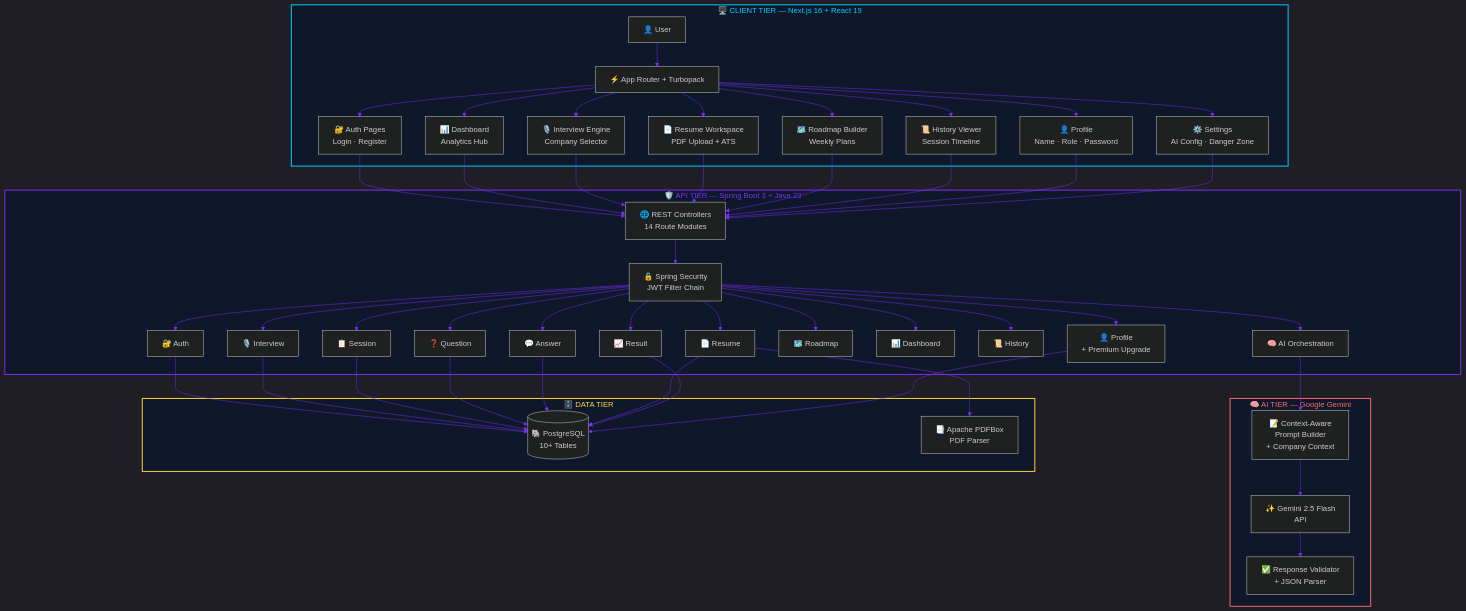
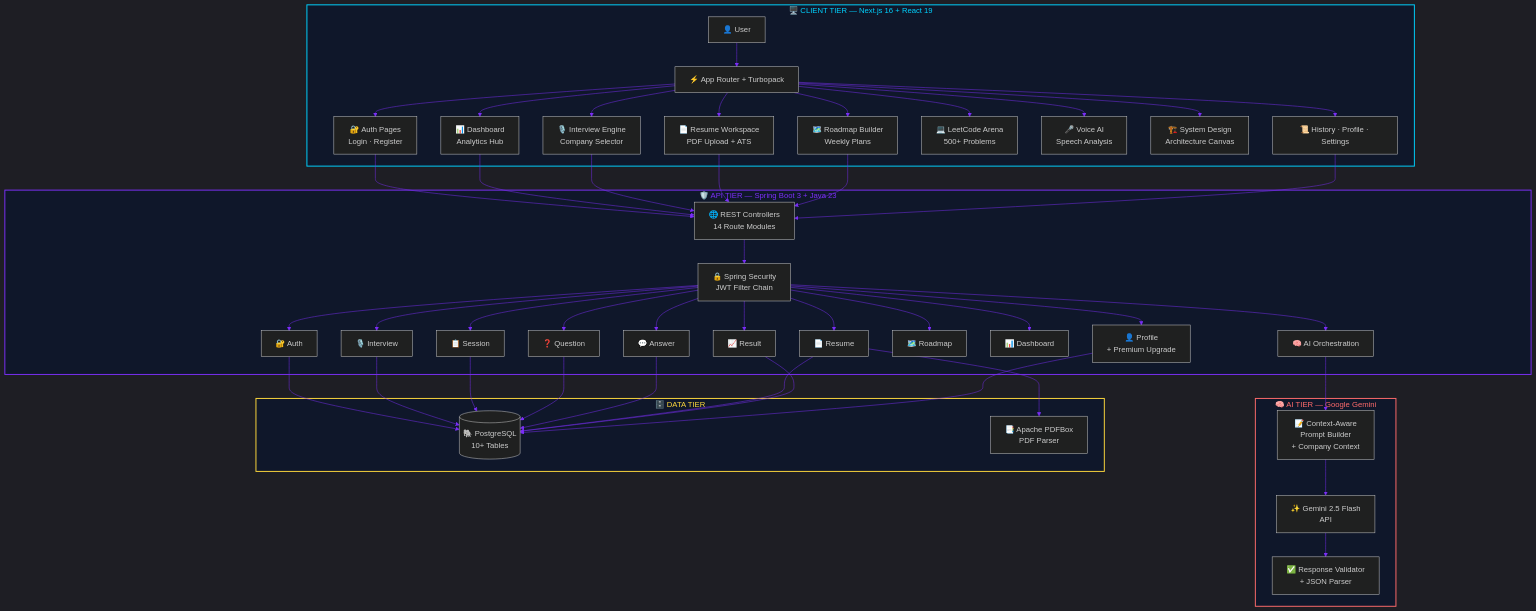
One commit to Jawahar08/interviewforge-ai changed the fourth of 14 diagrams in README.md. Above: the diagram before and after it, drawn with Mermaid. The commit also changed other lines of this file and 3 other files, not shown here.

Commit message:
docs: complete README rewrite v3.0 with Voice AI, LeetCode Arena, System Design, animated SVGs, architecture diagrams, and full documentation

````diff
--- a/README.md
+++ b/README.md
@@ -346,67 +525,65 @@
 ```mermaid
 %%{init: {'theme': 'dark', 'themeVariables': { 'primaryColor': '#1e293b', 'primaryTextColor': '#e2e8f0', 'primaryBorderColor': '#00d2ff', 'lineColor': '#7b2ff7', 'secondaryColor': '#0f172a', 'fontFamily': 'JetBrains Mono, monospace'}}}%%
 
 flowchart TD
     subgraph CLIENT["🖥️ CLIENT TIER — Next.js 16 + React 19"]
         U["👤 User"] --> FE["⚡ App Router + Turbopack"]
         FE --> AUTH_UI["🔐 Auth Pages\nLogin · Register"]
         FE --> DASH_UI["📊 Dashboard\nAnalytics Hub"]
         FE --> INT_UI["🎙️ Interview Engine\nCompany Selector"]
         FE --> RES_UI["📄 Resume Workspace\nPDF Upload + ATS"]
         FE --> ROAD_UI["🗺️ Roadmap Builder\nWeekly Plans"]
-        FE --> HIST_UI["📜 History Viewer\nSession Timeline"]
-        FE --> PROF_UI["👤 Profile\nName · Role · Password"]
-        FE --> SET_UI["⚙️ Settings\nAI Config · Danger Zone"]
+        FE --> CODE_UI["💻 LeetCode Arena\n500+ Problems"]
+        FE --> VOICE_UI["🎤 Voice AI\nSpeech Analysis"]
+        FE --> DESIGN_UI["🏗️ System Design\nArchitecture Canvas"]
+        FE --> HIST_UI["📜 History · Profile · Settings"]
     end
 
     subgraph API["🛡️ API TIER — Spring Boot 3 + Java 23"]
         GW["🌐 REST Controllers\n14 Route Modules"] --> SEC["🔒 Spring Security\nJWT Filter Chain"]
         SEC --> AUTH_SVC["🔐 Auth"]
         SEC --> INT_SVC["🎙️ Interview"]
         SEC --> SESSION_SVC["📋 Session"]
         SEC --> Q_SVC["❓ Question"]
         SEC --> ANS_SVC["💬 Answer"]
         SEC --> AI_SVC["🧠 AI Orchestration"]
         SEC --> RES_SVC["📄 Resume"]
         SEC --> ROAD_SVC["🗺️ Roadmap"]
         SEC --> DASH_SVC["📊 Dashboard"]
-        SEC --> HIST_SVC["📜 History"]
         SEC --> PROF_SVC["👤 Profile\n+ Premium Upgrade"]
         SEC --> RESULT_SVC["📈 Result"]
     end
 
     subgraph AI_TIER["🧠 AI TIER — Google Gemini"]
         AI_SVC --> PROMPT["📝 Context-Aware\nPrompt Builder\n+ Company Context"]
         PROMPT --> GEMINI["✨ Gemini 2.5 Flash\nAPI"]
         GEMINI --> PARSE["✅ Response Validator\n+ JSON Parser"]
     end
 
     subgraph DATA["🗄️ DATA TIER"]
         DB[("🐘 PostgreSQL\n10+ Tables")]
         PDF["📑 Apache PDFBox\nPDF Parser"]
     end
 
     AUTH_UI --> GW
     DASH_UI --> GW
     INT_UI --> GW
     RES_UI --> GW
     ROAD_UI --> GW
     HIST_UI --> GW
-    PROF_UI --> GW
-    SET_UI --> GW
 
     AUTH_SVC --> DB
     INT_SVC --> DB
     SESSION_SVC --> DB
     Q_SVC --> DB
     ANS_SVC --> DB
     RES_SVC --> DB
     RES_SVC --> PDF
     RESULT_SVC --> DB
     PROF_SVC --> DB
 
     style CLIENT fill:#0f172a,stroke:#00d2ff,stroke-width:2px,color:#00d2ff
     style API fill:#0f172a,stroke:#7b2ff7,stroke-width:2px,color:#7b2ff7
     style AI_TIER fill:#0f172a,stroke:#ff6b6b,stroke-width:2px,color:#ff6b6b
     style DATA fill:#0f172a,stroke:#ffd93d,stroke-width:2px,color:#ffd93d
 ```
````
